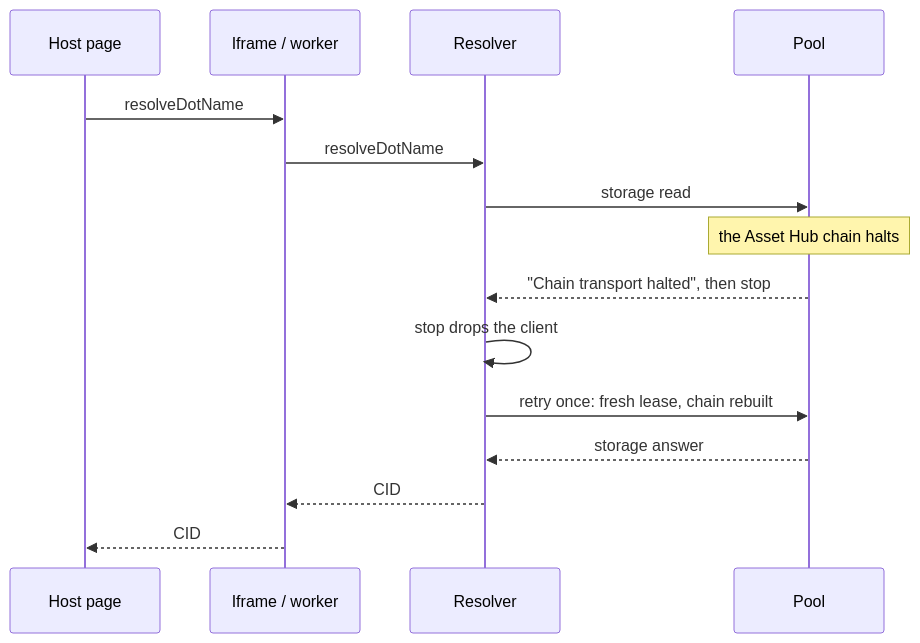
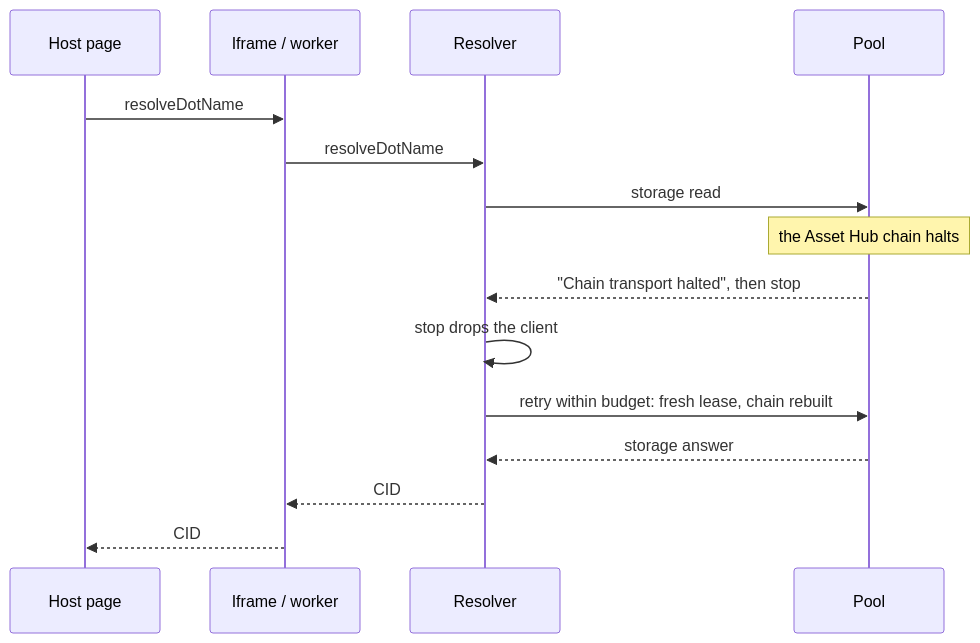
The sixth of 7 diagrams in docs/chain-connections.md (paritytech/dotli-community), drawn with Mermaid before and after one commit. The commit also changed other lines of this file and 365 other files, not shown here.

````diff
--- a/docs/chain-connections.md
+++ b/docs/chain-connections.md
@@ -260,17 +268,17 @@
 ```mermaid
 sequenceDiagram
   participant Host as Host page
   participant Ctx as Iframe / worker
   participant Res as Resolver
   participant Pool as Pool
   Host->>Ctx: resolveDotName
   Ctx->>Res: resolveDotName
   Res->>Pool: storage read
   Note over Pool: the Asset Hub chain halts
   Pool-->>Res: "Chain transport halted", then stop
   Res->>Res: stop drops the client
-  Res->>Pool: retry once: fresh lease, chain rebuilt
+  Res->>Pool: retry within budget: fresh lease, chain rebuilt
   Pool-->>Res: storage answer
   Res-->>Ctx: CID
   Ctx-->>Host: CID
 ```
````
